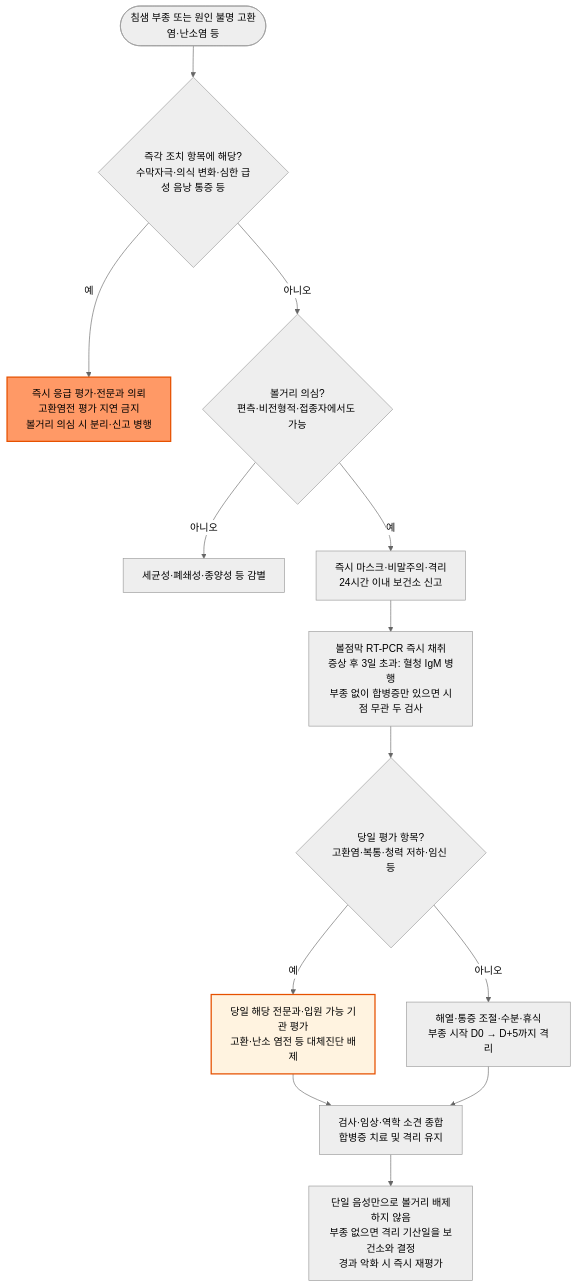
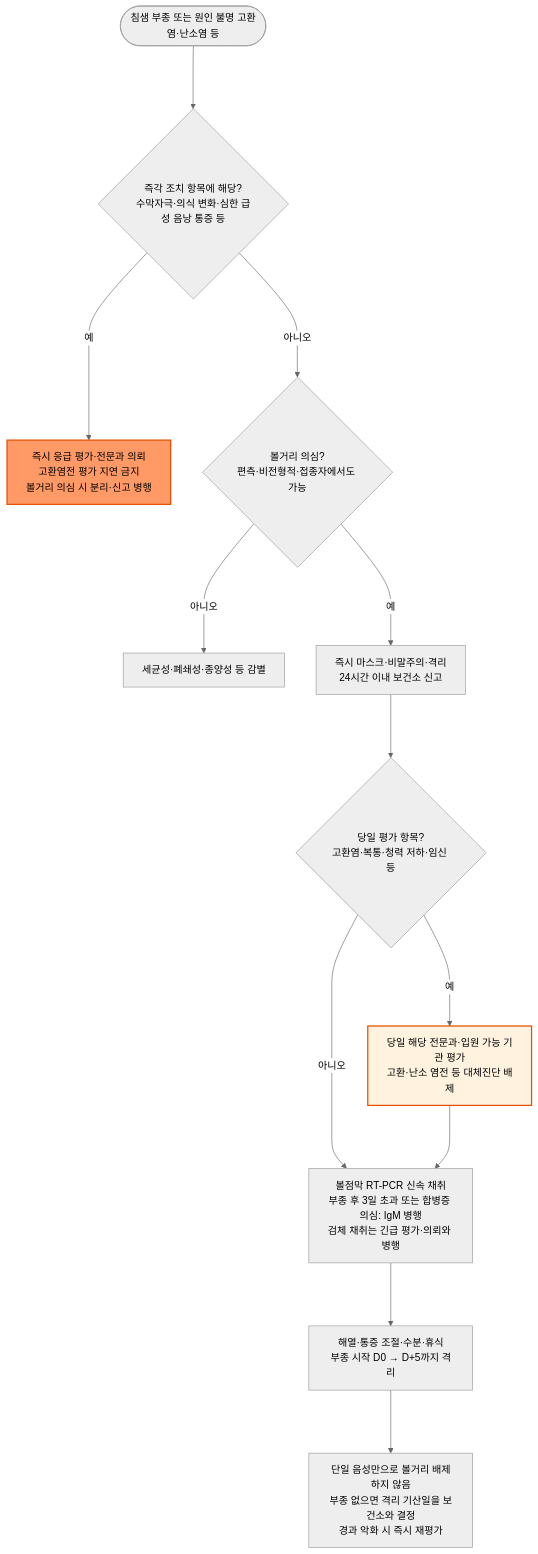
Before and after one commit to familyoh77/familyoh77: the diagram in 230_/197_-mumps.md, drawn with Mermaid (neutral theme). The commit also changed other lines of this file and 9 other files, not shown here.

````diff
--- a/230_/197_-mumps.md
+++ b/230_/197_-mumps.md
@@ -133,17 +134,16 @@
 ```mermaid
 graph TD
-    A(["침샘 부종 또는 원인 불명 고환염·난소염 등"]) --> B{"즉각 조치 항목에 해당?<br/>수막자극·의식 변화·심한 급성 음낭 통증 등"}
-    B -- 예 --> F["즉시 응급 평가·전문과 의뢰<br/>고환염전 평가 지연 금지<br/>볼거리 의심 시 분리·신고 병행"]
-    B -- 아니오 --> C{"볼거리 의심?<br/>편측·비전형적·접종자에서도 가능"}
-    C -- 아니오 --> H["세균성·폐쇄성·종양성 등 감별"]
-    C -- 예 --> D["즉시 마스크·비말주의·격리<br/>24시간 이내 보건소 신고"]
-    D --> E["볼점막 RT-PCR 즉시 채취<br/>증상 후 3일 초과: 혈청 IgM 병행<br/>부종 없이 합병증만 있으면 시점 무관 두 검사"]
-    E --> Q{"당일 평가 항목?<br/>고환염·복통·청력 저하·임신 등"}
-    Q -- 예 --> K["당일 해당 전문과·입원 가능 기관 평가<br/>고환·난소 염전 등 대체진단 배제"]
-    Q -- 아니오 --> I["해열·통증 조절·수분·휴식<br/>부종 시작 D0 → D+5까지 격리"]
-    K --> L["검사·임상·역학 소견 종합<br/>합병증 치료 및 격리 유지"]
-    I --> L
-    L --> R["단일 음성만으로 볼거리 배제하지 않음<br/>부종 없으면 격리 기산일을 보건소와 결정<br/>경과 악화 시 즉시 재평가"]
+    A(["침샘 부종 또는 원인 불명 고환염·난소염 등"]) ---> B{"즉각 조치 항목에 해당?<br/>수막자극·의식 변화·심한 급성 음낭 통증 등"}
+    B -- 예 ---> F["즉시 응급 평가·전문과 의뢰<br/>고환염전 평가 지연 금지<br/>볼거리 의심 시 분리·신고 병행"]
+    B -- 아니오 ---> C{"볼거리 의심?<br/>편측·비전형적·접종자에서도 가능"}
+    C -- 아니오 ---> H["세균성·폐쇄성·종양성 등 감별"]
+    C -- 예 ---> D["즉시 마스크·비말주의·격리<br/>24시간 이내 보건소 신고"]
+    D ---> Q{"당일 평가 항목?<br/>고환염·복통·청력 저하·임신 등"}
+    Q -- 예 ---> K["당일 해당 전문과·입원 가능 기관 평가<br/>고환·난소 염전 등 대체진단 배제"]
+    Q -- 아니오 ---> E["볼점막 RT-PCR 신속 채취<br/>부종 후 3일 초과 또는 합병증 의심: IgM 병행<br/>검체 채취는 긴급 평가·의뢰와 병행"]
+    K ---> E
+    E ---> I["해열·통증 조절·수분·휴식<br/>부종 시작 D0 → D+5까지 격리"]
+    I ---> R["단일 음성만으로 볼거리 배제하지 않음<br/>부종 없으면 격리 기산일을 보건소와 결정<br/>경과 악화 시 즉시 재평가"]
     style F fill:#f96,stroke:#e65100,stroke-width:2px
     style K fill:#fff3e0,stroke:#e65100,stroke-width:2px
 ```
````
